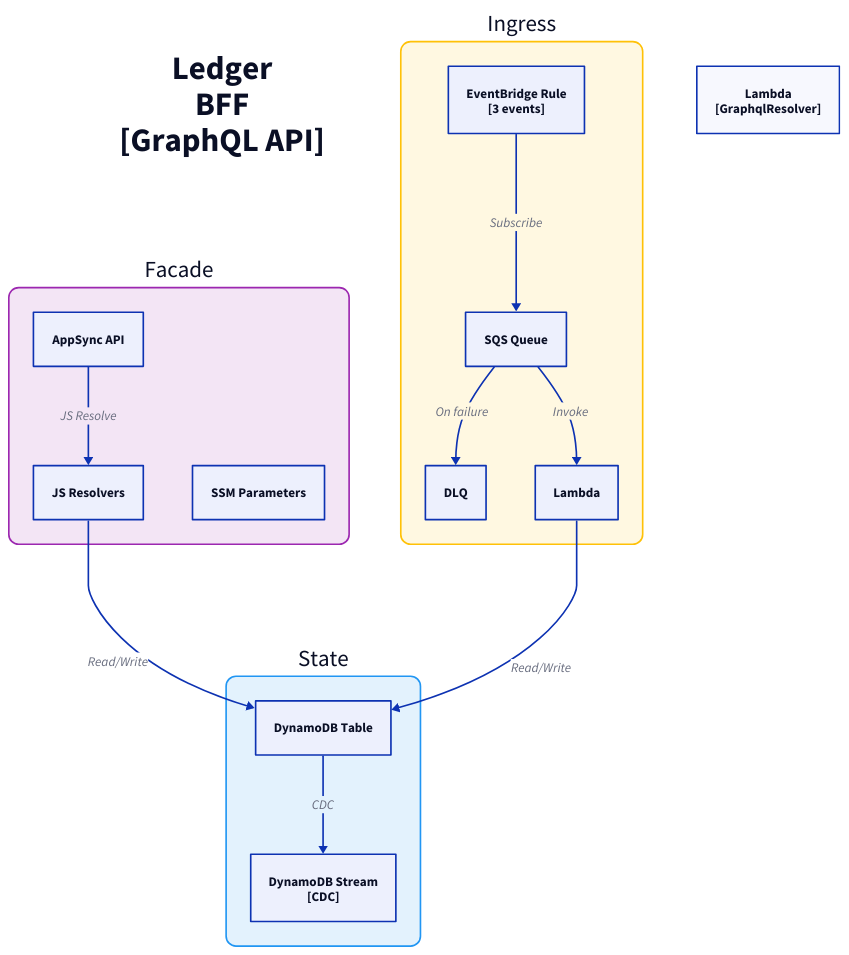
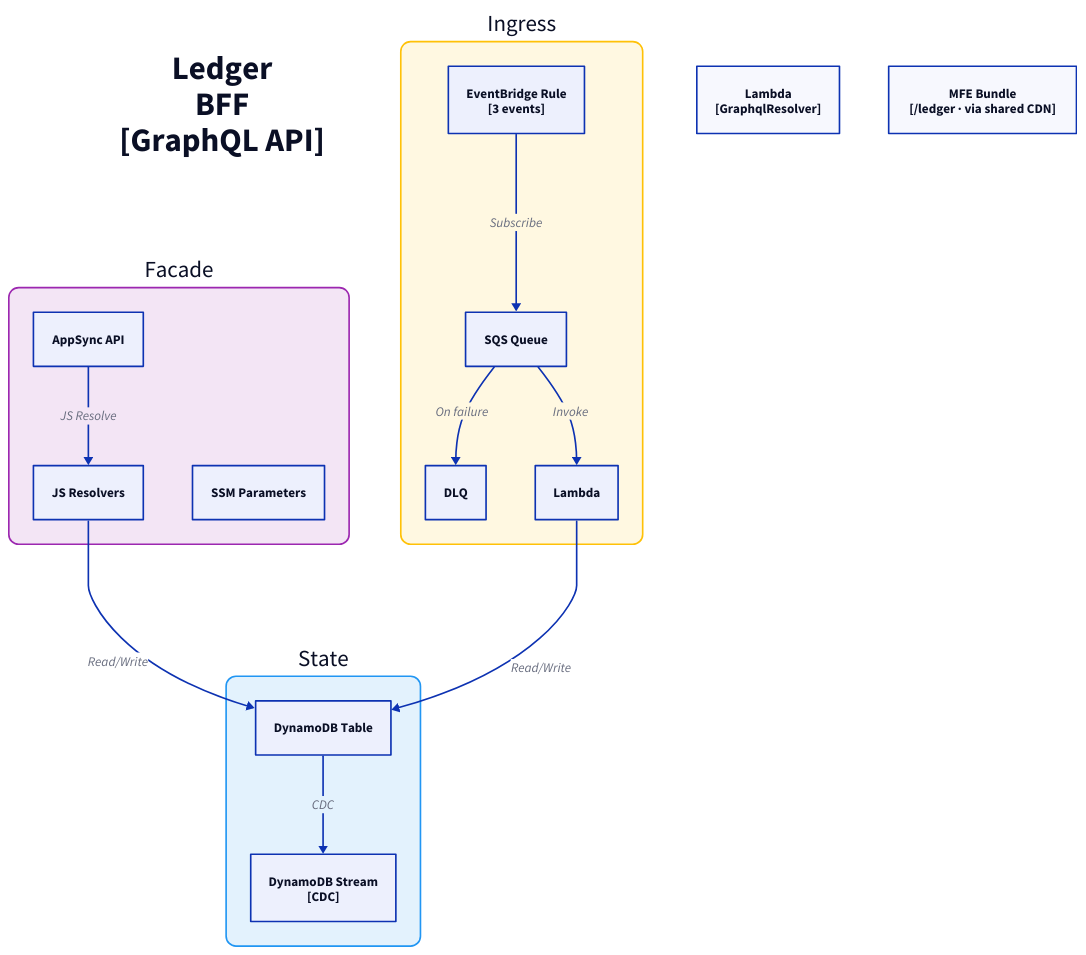
Before and after one commit to fabio-vitali/nestfolio: the diagram in docs/architecture/c3/ledger-bff.d2, drawn with D2. The commit also changed 23 other files, not shown here.

First line of the commit message:
fix(c4-diagrams): render Broadcaster + MfeBucket, prune orphan C3 files

```diff
--- a/docs/architecture/c3/ledger-bff.d2
+++ b/docs/architecture/c3/ledger-bff.d2
@@ -1,38 +1,40 @@
 direction: down
 
 title: "Ledger\nBFF\n[GraphQL API]" {
   style: { font-size: 40; bold: true; fill: transparent; stroke: transparent }
 }
 
 facade: "Facade" {
   style: { fill: "#F3E5F5"; stroke: "#9C27B0"; border-radius: 12; font-size: 28 }
   appsync: "AppSync API" { class: aws-appsync }
   resolvers: "JS Resolvers" { class: aws-lambda }
   appsync -> resolvers: JS Resolve
   ssm: "SSM Parameters" { class: aws-ssm }
 }
 
 ingress: "Ingress" {
   style: { fill: "#FFF8E1"; stroke: "#FFC107"; border-radius: 12; font-size: 28 }
   rule: "EventBridge Rule\n[3 events]" { class: aws-eventbridge }
   sqs: "SQS Queue" { class: aws-sqs }
   dlq: "DLQ" { class: aws-dlq }
   handler: "Lambda" { class: aws-lambda }
 
   rule -> sqs: Subscribe
   sqs -> handler: Invoke
   sqs -> dlq: On failure
 }
 
 state: "State" {
   style: { fill: "#E3F2FD"; stroke: "#2196F3"; border-radius: 12; font-size: 28 }
   table: "DynamoDB Table" { class: aws-dynamodb }
   stream: "DynamoDB Stream\n[CDC]" { class: aws-ddb-stream }
   table -> stream: CDC
 }
 
 graphql-resolver: "Lambda\n[GraphqlResolver]" { class: aws-lambda }
 
+mfe-bundle: "MFE Bundle\n[/ledger · via shared CDN]" { class: aws-s3 }
+
 # Flows
 facade.resolvers -> state.table: Read/Write
 ingress.handler -> state.table: Read/Write
```
